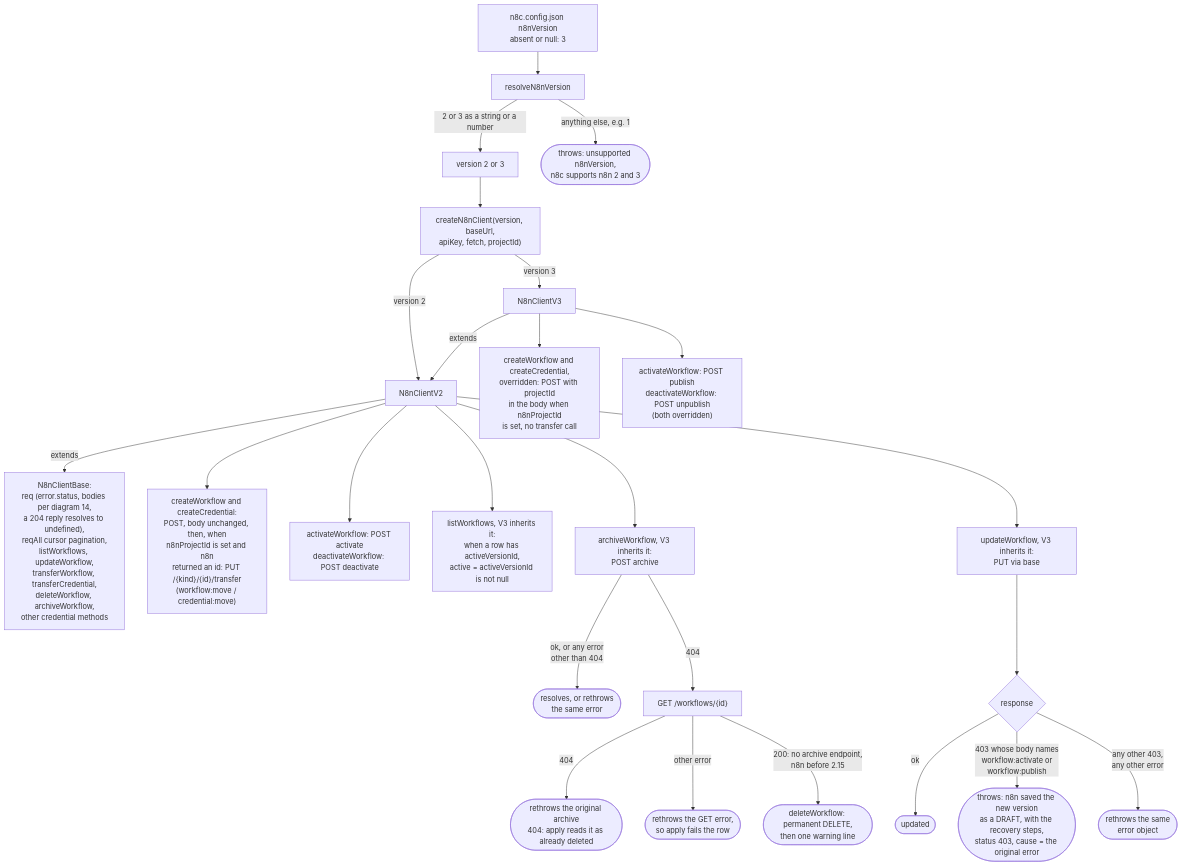
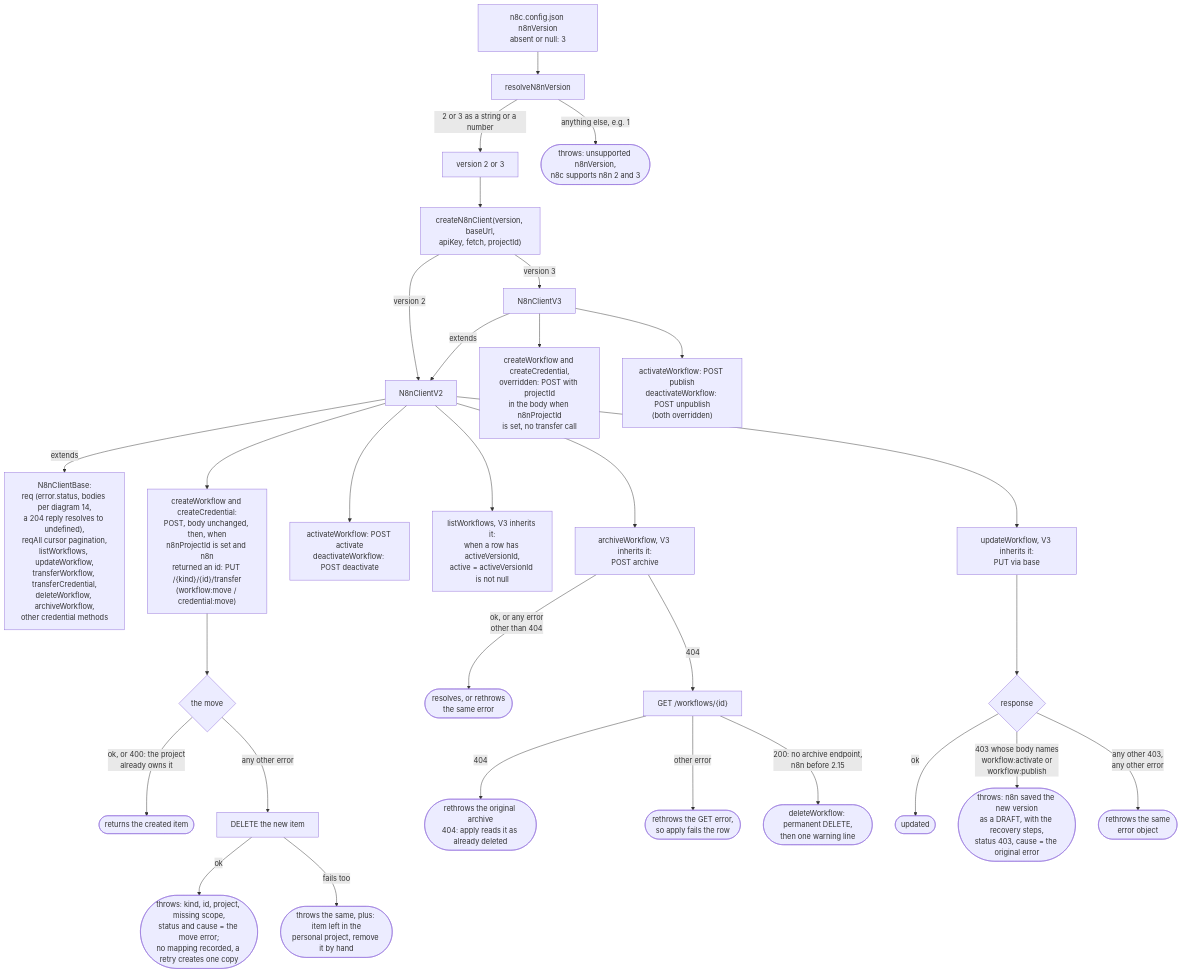
Before and after one commit to nullseal/n8c: diagram 15 of 15 in docs/ARCHITECTURE.md, drawn with Mermaid. The commit also changed other lines of this file and 4 other files, not shown here.

First line of the commit message:
fix: a failed move into n8nProjectId deletes the new item instead of duplicating it on retry

````diff
--- a/docs/ARCHITECTURE.md
+++ b/docs/ARCHITECTURE.md
@@ -817,27 +817,32 @@
 ```mermaid
 flowchart TD
     CFGV["n8c.config.json n8nVersion<br/>absent or null: 3"] --> RES["resolveN8nVersion"]
     RES -->|"2 or 3 as a string or a number"| OKV["version 2 or 3"]
     RES -->|"anything else, e.g. 1"| ERR(["throws: unsupported n8nVersion,<br/>n8c supports n8n 2 and 3"])
     OKV --> CRE["createN8nClient(version, baseUrl,<br/>apiKey, fetch, projectId)"]
     CRE -->|"version 2"| V2["N8nClientV2"]
     CRE -->|"version 3"| V3["N8nClientV3"]
     V3 -->|"extends"| V2
     V2 -->|"extends"| BASE["N8nClientBase:<br/>req (error.status, bodies per diagram 14,<br/>a 204 reply resolves to undefined),<br/>reqAll cursor pagination,<br/>listWorkflows, updateWorkflow,<br/>transferWorkflow, transferCredential,<br/>deleteWorkflow, archiveWorkflow,<br/>other credential methods"]
     V2 --> CW2["createWorkflow and createCredential:<br/>POST, body unchanged, then, when<br/>n8nProjectId is set and n8n<br/>returned an id: PUT /{kind}/{id}/transfer<br/>(workflow:move / credential:move)"]
+    CW2 --> MV{"the move"}
+    MV -->|"ok, or 400: the project<br/>already owns it"| MVOK(["returns the created item"])
+    MV -->|"any other error"| MVDEL["DELETE the new item"]
+    MVDEL -->|"ok"| MVERR(["throws: kind, id, project, missing scope,<br/>status and cause = the move error;<br/>no mapping recorded, a retry creates one copy"])
+    MVDEL -->|"fails too"| MVORP(["throws the same, plus: item left in the<br/>personal project, remove it by hand"])
     V2 --> AW2["activateWorkflow: POST activate<br/>deactivateWorkflow: POST deactivate"]
     V3 --> CW3["createWorkflow and createCredential,<br/>overridden: POST with projectId<br/>in the body when n8nProjectId<br/>is set, no transfer call"]
     V3 --> AW3["activateWorkflow: POST publish<br/>deactivateWorkflow: POST unpublish<br/>(both overridden)"]
     V2 --> LW["listWorkflows, V3 inherits it:<br/>when a row has activeVersionId,<br/>active = activeVersionId is not null"]
     V2 --> ARC["archiveWorkflow, V3 inherits it:<br/>POST archive"]
     ARC -->|"ok, or any error<br/>other than 404"| ARCR(["resolves, or rethrows<br/>the same error"])
     ARC -->|"404"| ARCG["GET /workflows/{id}"]
     ARCG -->|"404"| ARCO(["rethrows the original archive<br/>404: apply reads it as already deleted"])
     ARCG -->|"other error"| ARCE(["rethrows the GET error,<br/>so apply fails the row"])
     ARCG -->|"200: no archive endpoint,<br/>n8n before 2.15"| ARCD(["deleteWorkflow: permanent DELETE,<br/>then one warning line"])
     V2 --> UW["updateWorkflow, V3 inherits it:<br/>PUT via base"]
     UW --> R{"response"}
     R -->|"ok"| DONE(["updated"])
     R -->|"403 whose body names<br/>workflow:activate or<br/>workflow:publish"| DRAFT(["throws: n8n saved the new version<br/>as a DRAFT, with the recovery steps,<br/>status 403, cause = the original error"])
     R -->|"any other 403,<br/>any other error"| RETH(["rethrows the same<br/>error object"])
 ```
````
